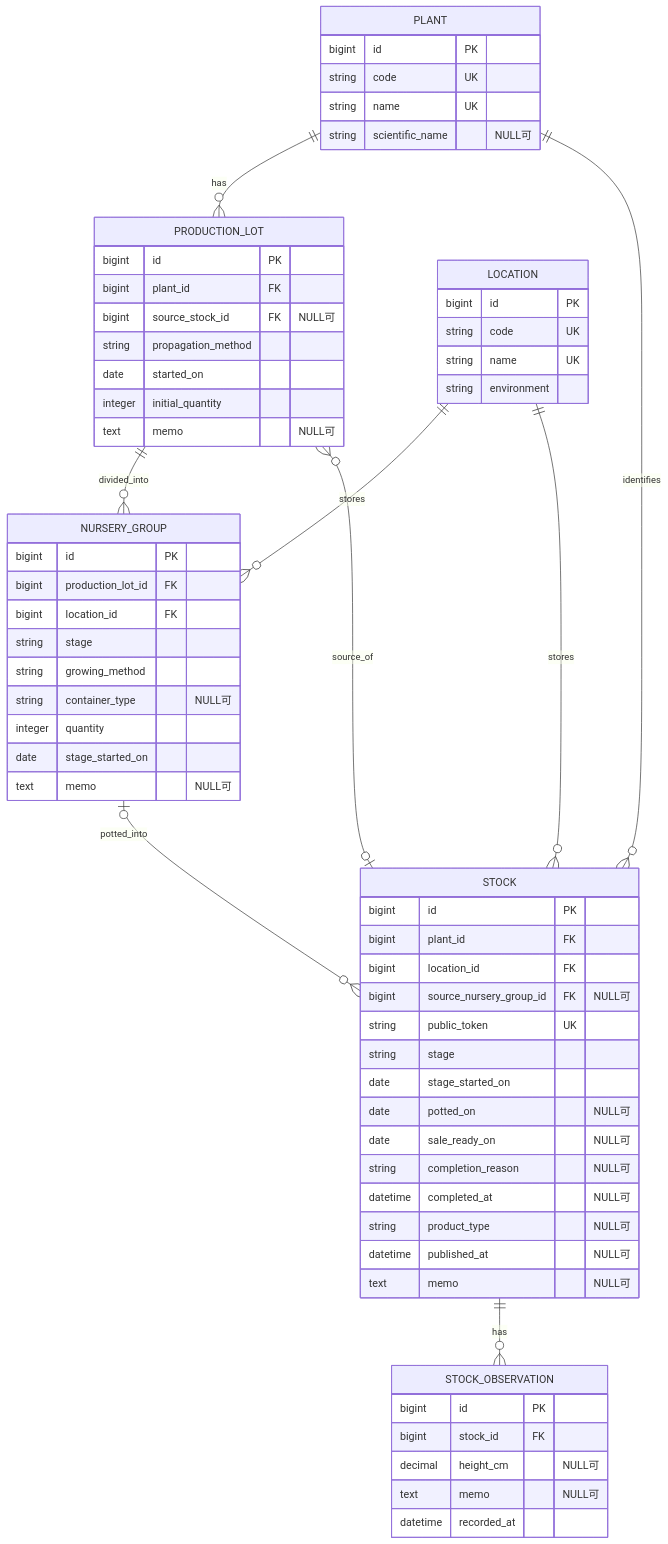
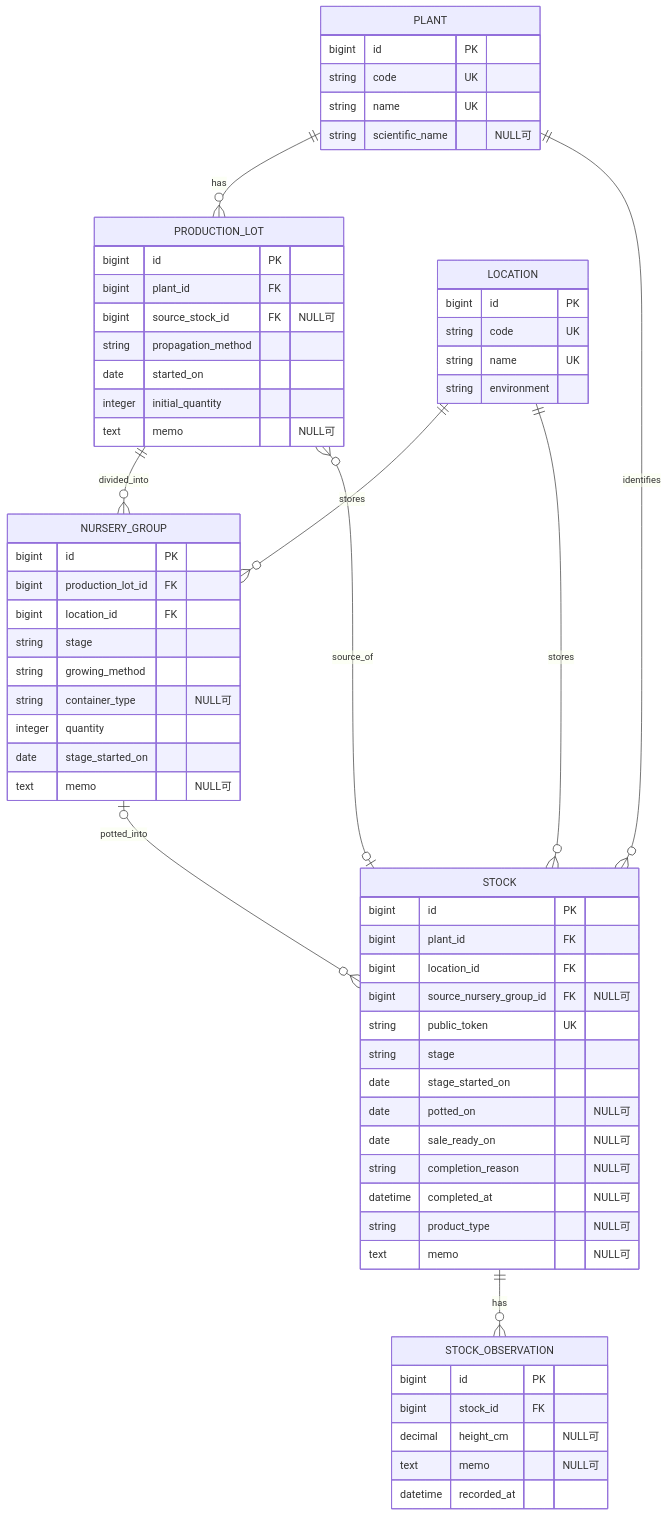
Before and after one commit to kawauso29/basil-manager: the diagram in doc/er.md, drawn with Mermaid. The commit also changed 14 other files, not shown here.

````diff
--- a/doc/er.md
+++ b/doc/er.md
@@ -24,72 +24,71 @@
 ```mermaid
 erDiagram
     PLANT ||--o{ PRODUCTION_LOT : has
     PLANT ||--o{ STOCK : identifies
     STOCK o|--o{ PRODUCTION_LOT : source_of
     PRODUCTION_LOT ||--o{ NURSERY_GROUP : divided_into
     NURSERY_GROUP o|--o{ STOCK : potted_into
     LOCATION ||--o{ NURSERY_GROUP : stores
     LOCATION ||--o{ STOCK : stores
     STOCK ||--o{ STOCK_OBSERVATION : has
 
     PLANT {
         bigint id PK
         string code UK
         string name UK
         string scientific_name "NULL可"
     }
 
     PRODUCTION_LOT {
         bigint id PK
         bigint plant_id FK
         bigint source_stock_id FK "NULL可"
         string propagation_method
         date started_on
         integer initial_quantity
         text memo "NULL可"
     }
 
     NURSERY_GROUP {
         bigint id PK
         bigint production_lot_id FK
         bigint location_id FK
         string stage
         string growing_method
         string container_type "NULL可"
         integer quantity
         date stage_started_on
         text memo "NULL可"
     }
 
     STOCK {
         bigint id PK
         bigint plant_id FK
         bigint location_id FK
         bigint source_nursery_group_id FK "NULL可"
         string public_token UK
         string stage
         date stage_started_on
         date potted_on "NULL可"
         date sale_ready_on "NULL可"
         string completion_reason "NULL可"
         datetime completed_at "NULL可"
         string product_type "NULL可"
-        datetime published_at "NULL可"
         text memo "NULL可"
     }
 
     LOCATION {
         bigint id PK
         string code UK
         string name UK
         string environment
     }
 
     STOCK_OBSERVATION {
         bigint id PK
         bigint stock_id FK
         decimal height_cm "NULL可"
         text memo "NULL可"
         datetime recorded_at
     }
 ```
````
